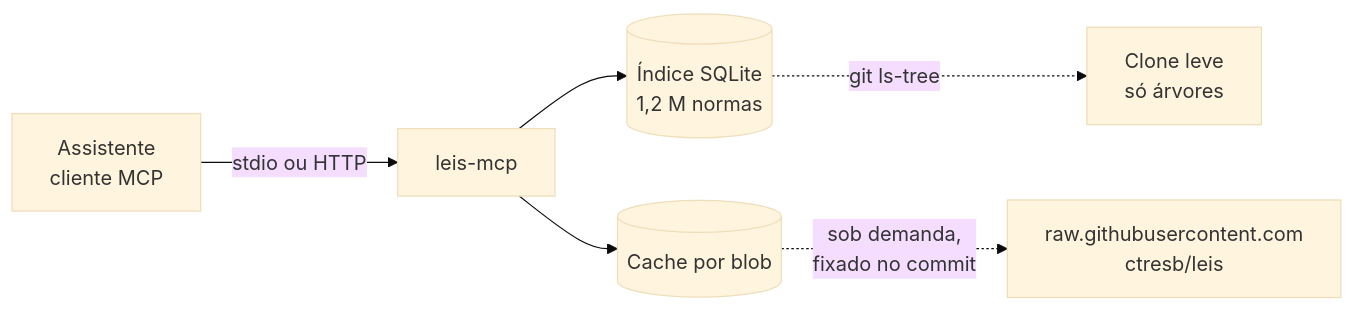
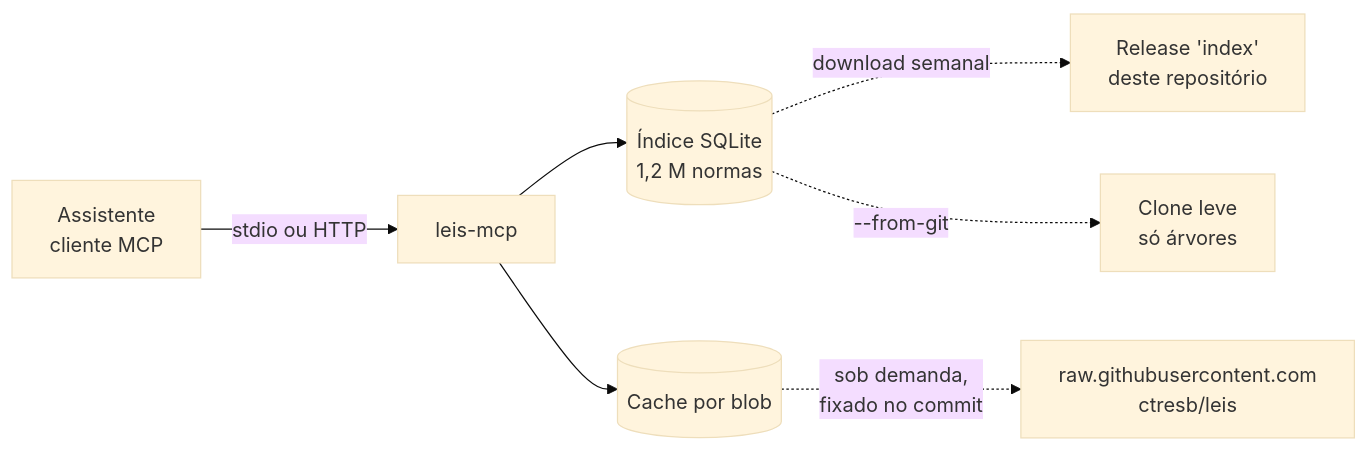
One commit to andremog/leis-mcp changed the diagram in README.md. Above: the diagram before and after it, drawn with Mermaid (base theme). The commit also changed other lines of this file, not shown here.

````diff
--- a/README.md
+++ b/README.md
@@ -177,8 +310,9 @@
 ```mermaid
 flowchart LR
     client["Assistente<br>cliente MCP"] -- "stdio ou HTTP" --> server["leis-mcp"]
     server --> index[("Índice SQLite<br>1,2 M normas")]
     server --> cache[("Cache por blob")]
     cache -. "sob demanda,<br>fixado no commit" .-> raw["raw.githubusercontent.com<br>ctresb/leis"]
-    index -. "git ls-tree" .-> clone["Clone leve<br>só árvores"]
+    index -. "download semanal" .-> release["Release 'index'<br>deste repositório"]
+    index -. "--from-git" .-> clone["Clone leve<br>só árvores"]
 ```
````
